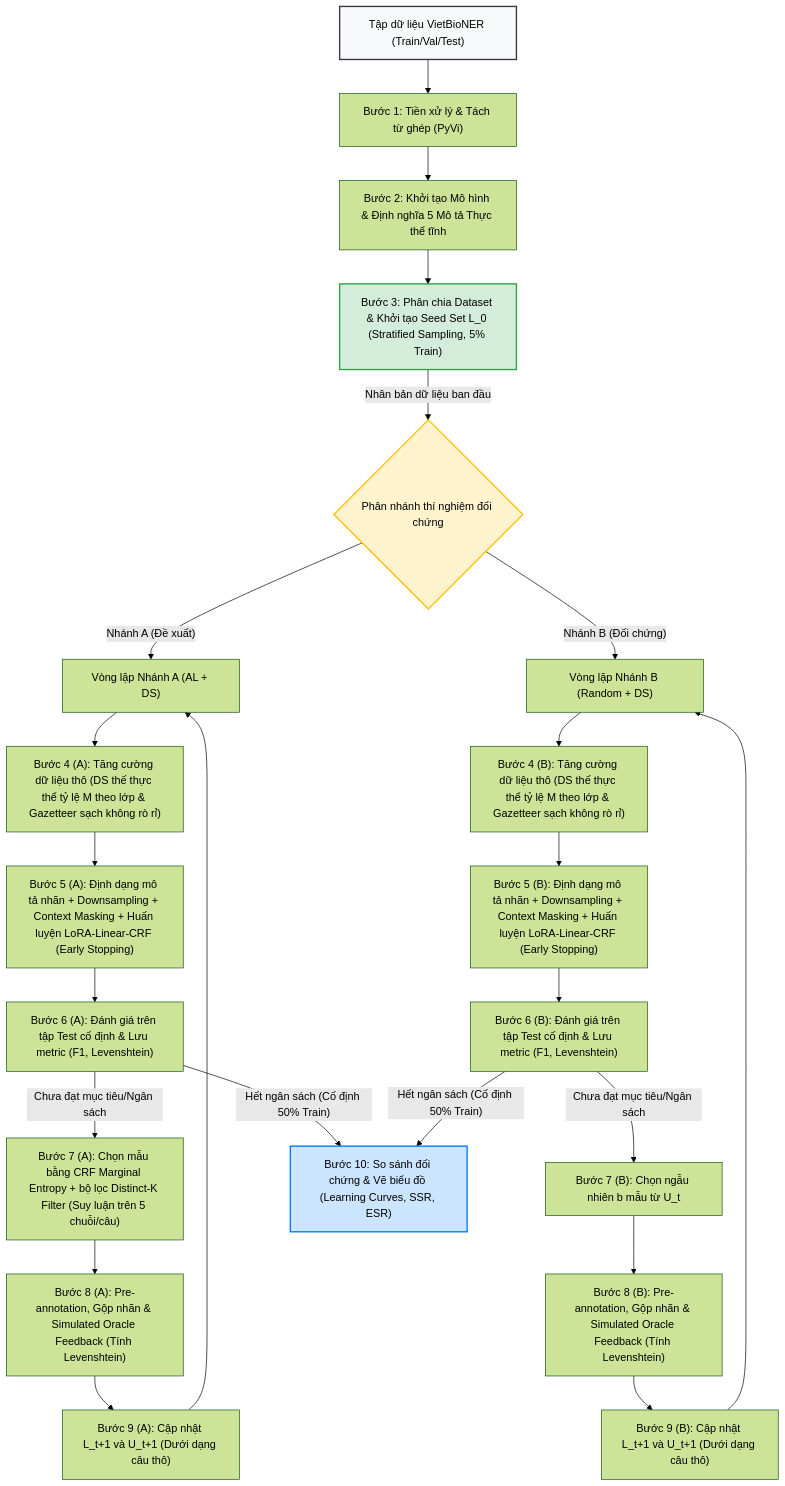
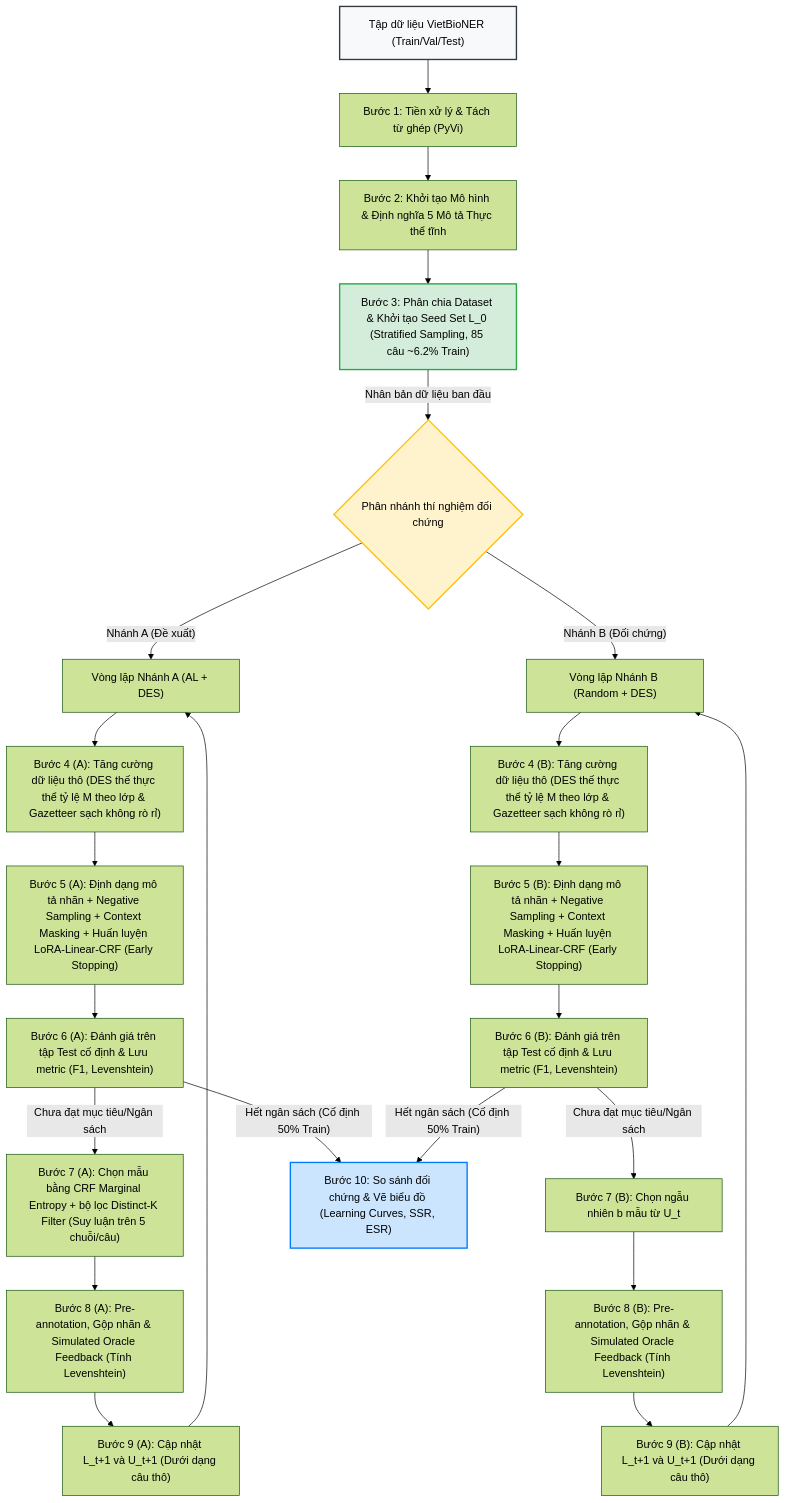
One commit to Uyen211/research_activelearning_vietbioner changed the diagram in proposal/05_evaluation_and_pipeline/pipeline.md. Above: the diagram before and after it, drawn with Mermaid (forest theme). The commit also changed other lines of this file and 230 other files, not shown here.

````diff
--- a/proposal/05_evaluation_and_pipeline/pipeline.md
+++ b/proposal/05_evaluation_and_pipeline/pipeline.md
@@ -15,39 +15,39 @@
 ```mermaid
 graph TD
     %% Phase 1: Khoi tao chung
     Raw_Data["Tập dữ liệu VietBioNER (Train/Val/Test)"] --> Step1["Bước 1: Tiền xử lý & Tách từ ghép (PyVi)"]
     Step1 --> Step2["Bước 2: Khởi tạo Mô hình & Định nghĩa 5 Mô tả Thực thể tĩnh"]
-    Step2 --> Step3["Bước 3: Phân chia Dataset & Khởi tạo Seed Set L_0 (Stratified Sampling, 5% Train)"]
+    Step2 --> Step3["Bước 3: Phân chia Dataset & Khởi tạo Seed Set L_0 (Stratified Sampling, 85 câu ~6.2% Train)"]
     
     %% Nhanh doi chung
     Step3 --> |"Nhân bản dữ liệu ban đầu"| Fork{"Phân nhánh thí nghiệm đối chứng"}
     
     %% Nhanh A De xuat
-    Fork -->|"Nhánh A (Đề xuất)"| A_Branch["Vòng lặp Nhánh A (AL + DS)"]
-    A_Branch --> Step4_A["Bước 4 (A): Tăng cường dữ liệu thô (DS thế thực thể tỷ lệ M theo lớp & Gazetteer sạch không rò rỉ)"]
-    Step4_A --> Step5_A["Bước 5 (A): Định dạng mô tả nhãn + Downsampling + Context Masking + Huấn luyện LoRA-Linear-CRF (Early Stopping)"]
+    Fork -->|"Nhánh A (Đề xuất)"| A_Branch["Vòng lặp Nhánh A (AL + DES)"]
+    A_Branch --> Step4_A["Bước 4 (A): Tăng cường dữ liệu thô (DES thế thực thể tỷ lệ M theo lớp & Gazetteer sạch không rò rỉ)"]
+    Step4_A --> Step5_A["Bước 5 (A): Định dạng mô tả nhãn + Negative Sampling + Context Masking + Huấn luyện LoRA-Linear-CRF (Early Stopping)"]
     Step5_A --> Step6_A["Bước 6 (A): Đánh giá trên tập Test cố định & Lưu metric (F1, Levenshtein)"]
     Step6_A -- "Chưa đạt mục tiêu/Ngân sách" --> Step7_A["Bước 7 (A): Chọn mẫu bằng CRF Marginal Entropy + bộ lọc Distinct-K Filter (Suy luận trên 5 chuỗi/câu)"]
     Step7_A --> Step8_A["Bước 8 (A): Pre-annotation, Gộp nhãn & Simulated Oracle Feedback (Tính Levenshtein)"]
     Step8_A --> Step9_A["Bước 9 (A): Cập nhật L_t+1 và U_t+1 (Dưới dạng câu thô)"]
     Step9_A --> A_Branch
     
     %% Nhanh B Random Baseline
-    Fork -->|"Nhánh B (Đối chứng)"| B_Branch["Vòng lặp Nhánh B (Random + DS)"]
-    B_Branch --> Step4_B["Bước 4 (B): Tăng cường dữ liệu thô (DS thế thực thể tỷ lệ M theo lớp & Gazetteer sạch không rò rỉ)"]
-    Step4_B --> Step5_B["Bước 5 (B): Định dạng mô tả nhãn + Downsampling + Context Masking + Huấn luyện LoRA-Linear-CRF (Early Stopping)"]
+    Fork -->|"Nhánh B (Đối chứng)"| B_Branch["Vòng lặp Nhánh B (Random + DES)"]
+    B_Branch --> Step4_B["Bước 4 (B): Tăng cường dữ liệu thô (DES thế thực thể tỷ lệ M theo lớp & Gazetteer sạch không rò rỉ)"]
+    Step4_B --> Step5_B["Bước 5 (B): Định dạng mô tả nhãn + Negative Sampling + Context Masking + Huấn luyện LoRA-Linear-CRF (Early Stopping)"]
     Step5_B --> Step6_B["Bước 6 (B): Đánh giá trên tập Test cố định & Lưu metric (F1, Levenshtein)"]
     Step6_B -- "Chưa đạt mục tiêu/Ngân sách" --> Step7_B["Bước 7 (B): Chọn ngẫu nhiên b mẫu từ U_t"]
     Step7_B --> Step8_B["Bước 8 (B): Pre-annotation, Gộp nhãn & Simulated Oracle Feedback (Tính Levenshtein)"]
     Step8_B --> Step9_B["Bước 9 (B): Cập nhật L_t+1 và U_t+1 (Dưới dạng câu thô)"]
     Step9_B --> B_Branch
     
     %% Ket thuc va so sanh
     Step6_A -- "Hết ngân sách (Cố định 50% Train)" --> Compare["Bước 10: So sánh đối chứng & Vẽ biểu đồ (Learning Curves, SSR, ESR)"]
     Step6_B -- "Hết ngân sách (Cố định 50% Train)" --> Compare
     
     style Raw_Data fill:#f8f9fa,stroke:#343a40,stroke-width:2px
     style Step3 fill:#d4edda,stroke:#28a745,stroke-width:2px
     style Fork fill:#fff3cd,stroke:#ffc107,stroke-width:2px
     style Compare fill:#cce5ff,stroke:#007bff,stroke-width:2px
 ```
````
